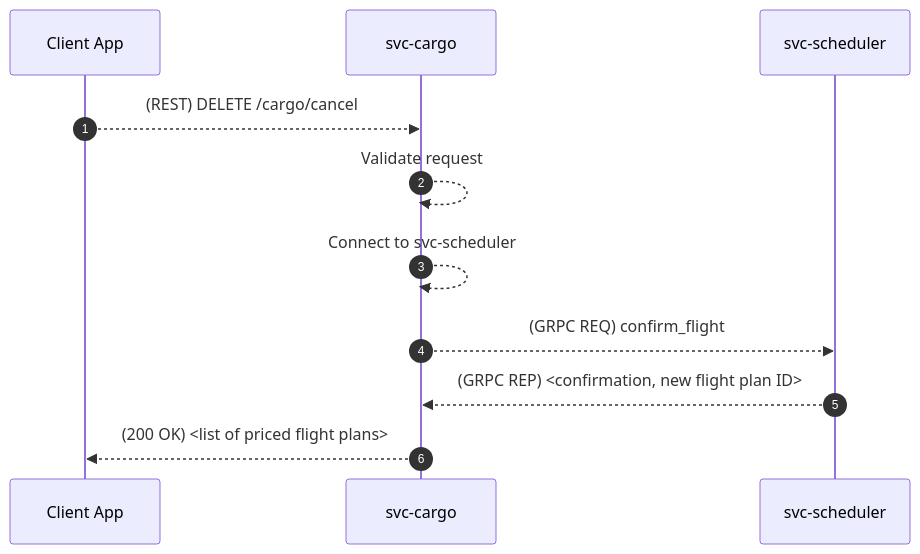
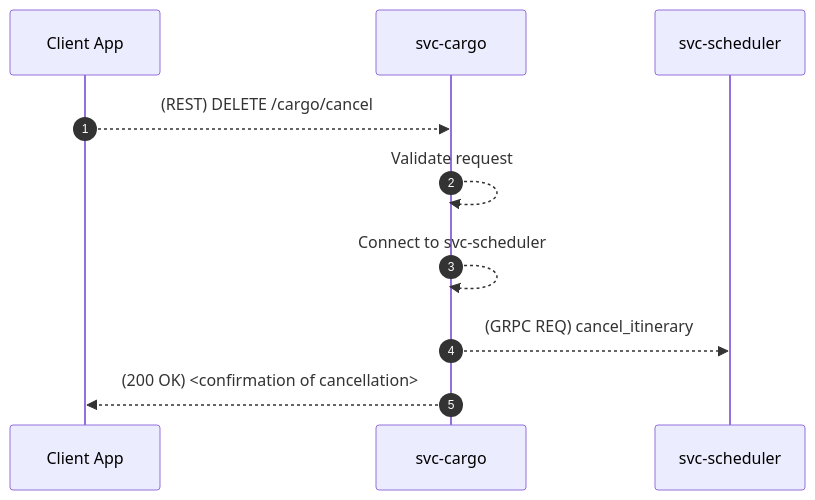
Before and after one commit to aetheric-oss/svc-cargo: diagram 13 of 24 in docs/sdd.md, drawn with Mermaid. The commit also changed other lines of this file and 9 other files, not shown here.

````diff
--- a/docs/sdd.md
+++ b/docs/sdd.md
@@ -314,13 +298,12 @@
 ```mermaid
 sequenceDiagram
     autonumber
     participant client as Client App
     participant cargo as svc-cargo
     participant scheduler as svc-scheduler
     client-->>cargo: (REST) DELETE /cargo/cancel
     cargo-->>cargo: Validate request
     cargo-->>cargo: Connect to svc-scheduler
-    cargo-->>scheduler: (GRPC REQ) confirm_flight
-    scheduler-->>cargo: (GRPC REP) <confirmation, new flight plan ID>
-    cargo-->>client: (200 OK) <list of priced flight plans>
+    cargo-->>scheduler: (GRPC REQ) cancel_itinerary
+    cargo-->>client: (200 OK) <confirmation of cancellation>
 ```
````
